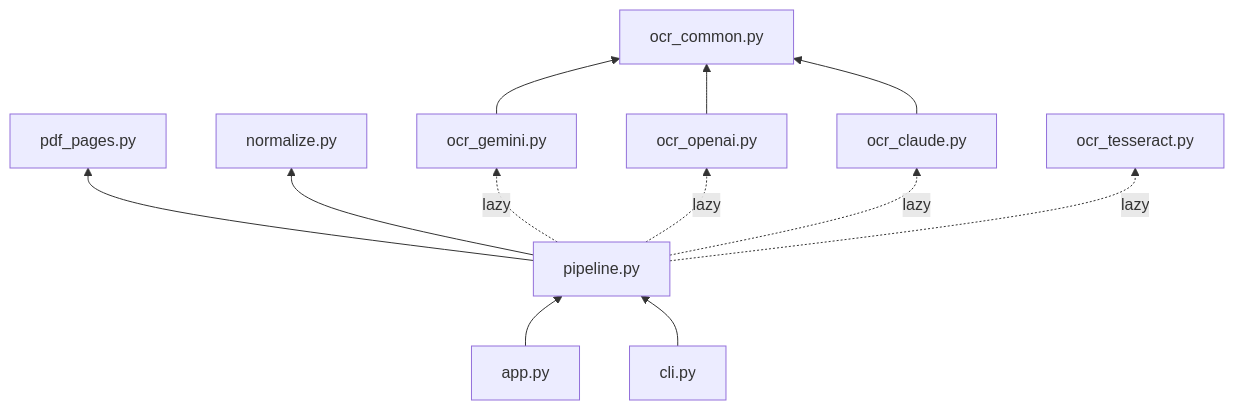
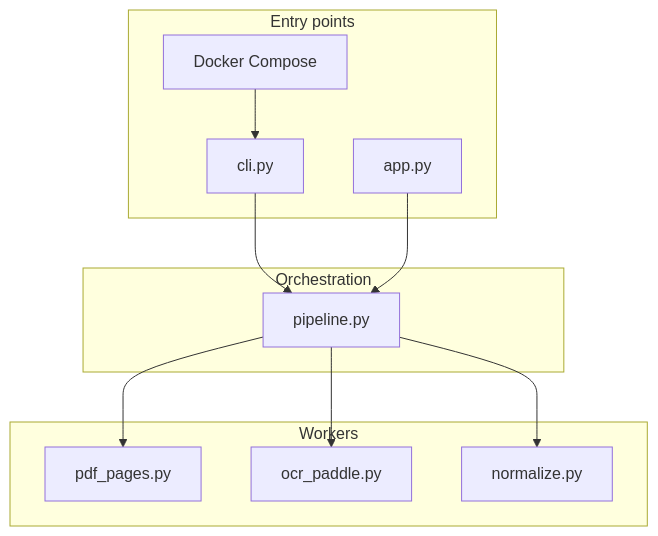
The first of 2 diagrams in EDGE/BanglaDialectDataset/GUIDE.md (mdimamhosen/Research), drawn with Mermaid before and after one commit. The commit also changed other lines of this file and 23 other files, not shown here.

First line of the commit message:
Implement PaddleOCR as the sole OCR engine for BanglaDialectDataset

````diff
--- a/EDGE/BanglaDialectDataset/GUIDE.md
+++ b/EDGE/BanglaDialectDataset/GUIDE.md
@@ -77,14 +83,25 @@
 ```mermaid
-flowchart BT
-  App[app.py] --> Pipeline[pipeline.py]
-  Cli[cli.py] --> Pipeline
-  Pipeline --> PdfPages[pdf_pages.py]
-  Pipeline --> Normalize[normalize.py]
-  Pipeline -.->|lazy| Gemini[ocr_gemini.py]
-  Pipeline -.->|lazy| OpenAI[ocr_openai.py]
-  Pipeline -.->|lazy| Claude[ocr_claude.py]
-  Pipeline -.->|lazy| Tess[ocr_tesseract.py]
-  Gemini --> Common[ocr_common.py]
-  OpenAI --> Common
-  Claude --> Common
+flowchart TB
+  subgraph doors [Entry points]
+    Cli[cli.py]
+    App[app.py]
+    Docker[Docker Compose]
+  end
+
+  subgraph brain [Orchestration]
+    Pipe[pipeline.py]
+  end
+
+  subgraph workers [Workers]
+    Pdf[pdf_pages.py]
+    Pad[ocr_paddle.py]
+    Norm[normalize.py]
+  end
+
+  Docker --> Cli
+  Cli --> Pipe
+  App --> Pipe
+  Pipe --> Pdf
+  Pipe --> Pad
+  Pipe --> Norm
 ```
````
